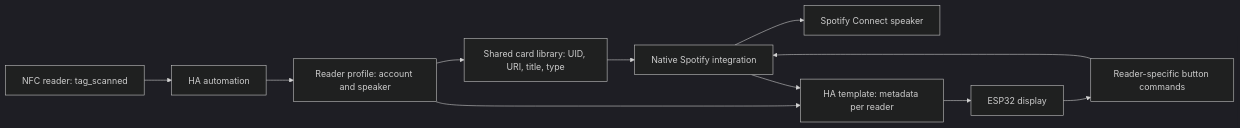
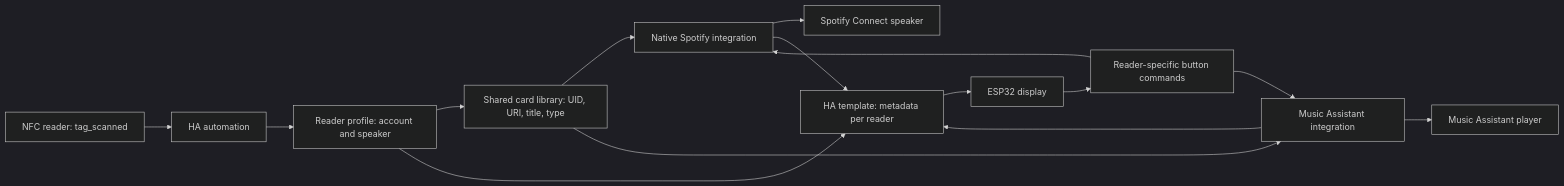
Before and after one commit to cornholio1234/HASS_NFC: the diagram in docs/ARCHITECTURE.md, drawn with Mermaid (dark theme). The commit also changed other lines of this file and 6 other files, not shown here.

Commit message:
Support Music Assistant or Spotify Connect per NFC reader

````diff
--- a/docs/ARCHITECTURE.md
+++ b/docs/ARCHITECTURE.md
@@ -5,13 +5,17 @@
 ```mermaid
 flowchart LR
   R[NFC reader: tag_scanned] --> A[HA automation]
   A --> P[Reader profile: account and speaker]
   P --> C[Shared card library: UID, URI, title, type]
   C --> S[Native Spotify integration]
+  C --> M[Music Assistant integration]
+  M --> Q[Music Assistant player]
   S --> L[Spotify Connect speaker]
   P --> T[HA template: metadata per reader]
   S --> T
+  M --> T
   T --> D[ESP32 display]
   D --> B[Reader-specific button commands]
   B --> S
+  B --> M
 ```
````
